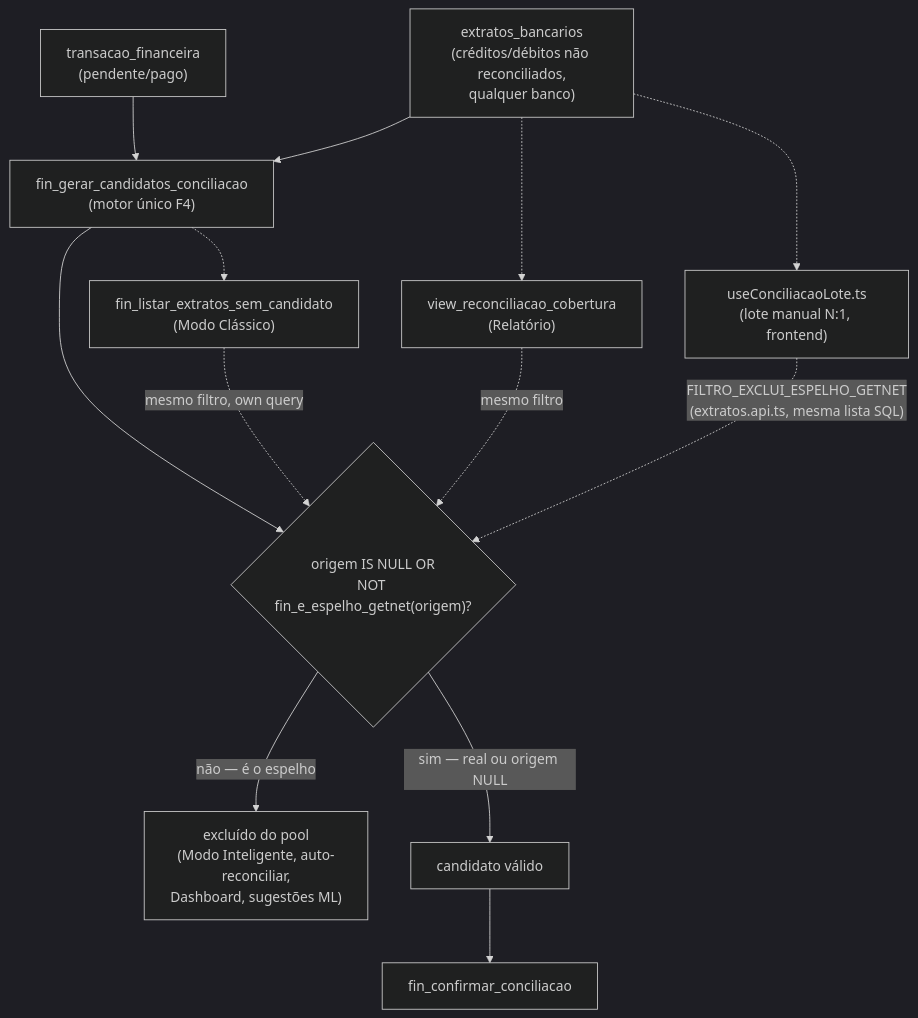
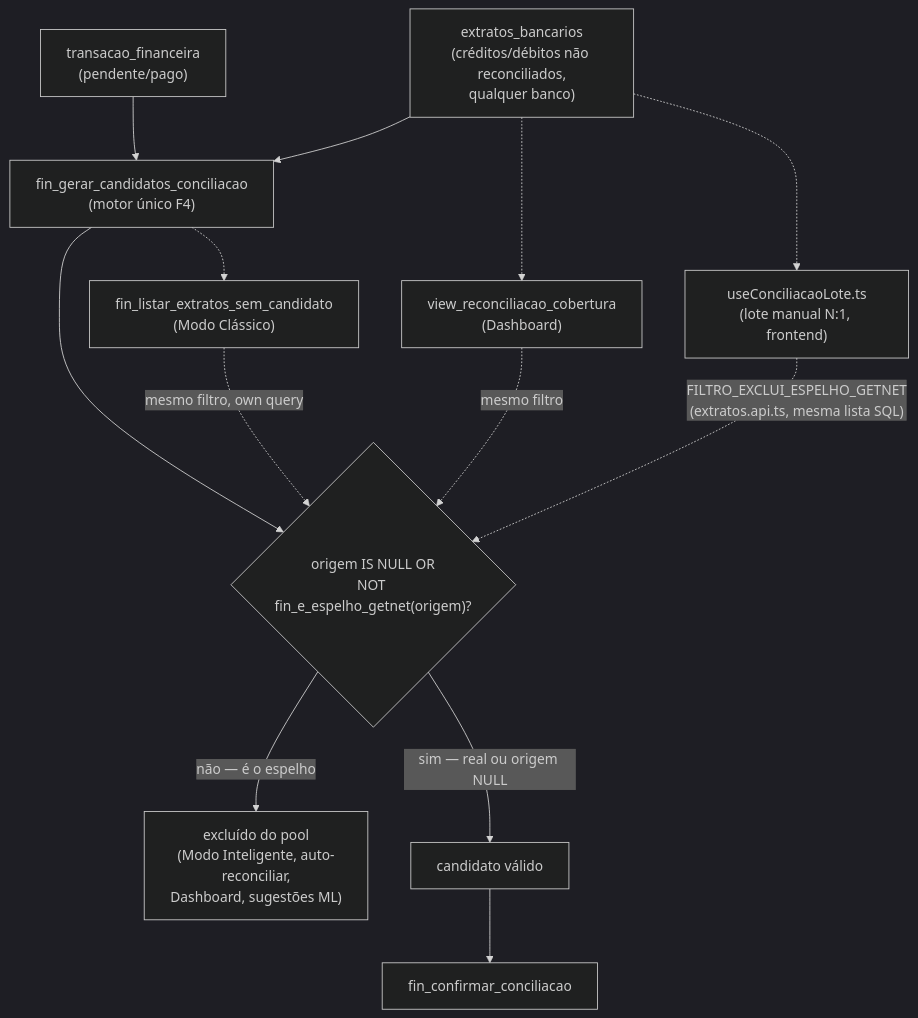
Before and after one commit to adrianoapc/igreja-carvalho: diagram 37 of 42 in docs/diagramas/fluxo-financeiro.md, drawn with Mermaid (dark theme). The commit also changed other lines of this file and 6 other files, not shown here.

````diff
--- a/docs/diagramas/fluxo-financeiro.md
+++ b/docs/diagramas/fluxo-financeiro.md
@@ -1191,16 +1196,16 @@
 ```mermaid
 flowchart TD
     T["transacao_financeira\n(pendente/pago)"] --> F4["fin_gerar_candidatos_conciliacao\n(motor único F4)"]
     EB3["extratos_bancarios\n(créditos/débitos não reconciliados,\nqualquer banco)"] --> F4
     F4 --> CHECK2{"origem IS NULL OR\nNOT fin_e_espelho_getnet(origem)?"}
     CHECK2 -->|"não — é o espelho"| FORA["excluído do pool\n(Modo Inteligente, auto-reconciliar,\nDashboard, sugestões ML)"]
     CHECK2 -->|"sim — real ou origem NULL"| CAND2["candidato válido"]
     CAND2 --> CONF["fin_confirmar_conciliacao"]
 
     F4 -.-> SEMCAND["fin_listar_extratos_sem_candidato\n(Modo Clássico)"]
     SEMCAND -.->|"mesmo filtro, own query"| CHECK2
-    EB3 -.-> COBERTURA["view_reconciliacao_cobertura\n(Relatório)"]
+    EB3 -.-> COBERTURA["view_reconciliacao_cobertura\n(Dashboard)"]
     COBERTURA -.->|"mesmo filtro"| CHECK2
     EB3 -.-> LOTE["useConciliacaoLote.ts\n(lote manual N:1, frontend)"]
     LOTE -.->|"FILTRO_EXCLUI_ESPELHO_GETNET\n(extratos.api.ts, mesma lista SQL)"| CHECK2
 ```
````
